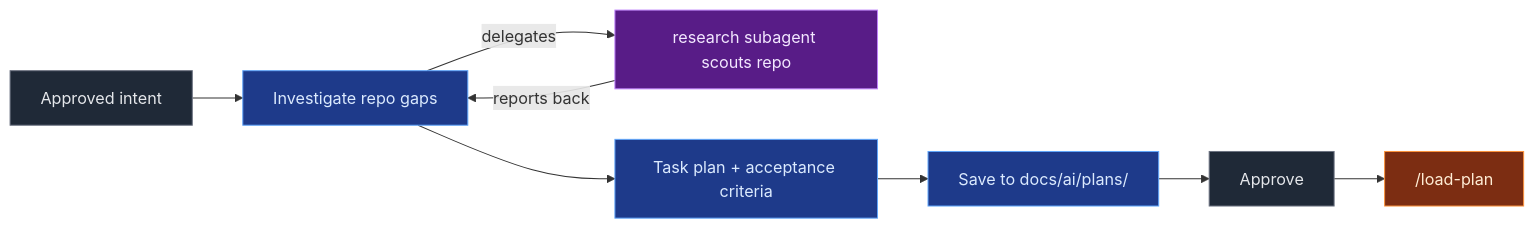
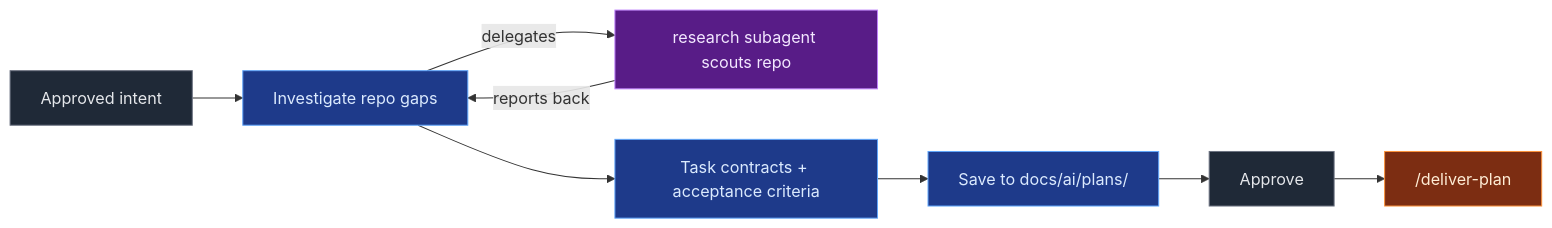
One commit to Macacoders/wayforge changed the third of 7 diagrams in README.md. Above: the diagram before and after it, drawn with Mermaid. The commit also changed other lines of this file and 38 other files, not shown here.

````diff
--- a/README.md
+++ b/README.md
@@ -147,18 +174,18 @@
 ```mermaid
 flowchart LR
     A["Approved intent"] --> B["Investigate repo gaps"]
     B -- "delegates" --> C["research subagent scouts repo"]
     C -- "reports back" --> B
-    B --> D["Task plan + acceptance criteria"]
+    B --> D["Task contracts + acceptance criteria"]
     D --> E["Save to docs/ai/plans/"]
-    E --> F["Approve"] --> G["/load-plan"]
+    E --> F["Approve"] --> G["/deliver-plan"]
 
     classDef user fill:#1f2937,stroke:#6b7280,color:#e5e7eb
     classDef planner fill:#1e3a8a,stroke:#60a5fa,color:#dbeafe
     classDef research fill:#581c87,stroke:#c084fc,color:#f3e8ff
     classDef delivery fill:#7c2d12,stroke:#fb923c,color:#ffedd5
     class A,F user
     class B,D,E planner
     class C research
     class G delivery
 ```
````
